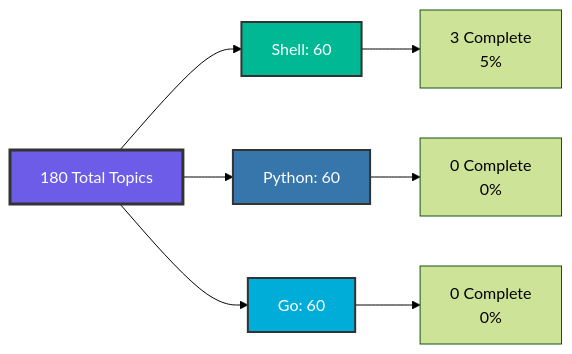
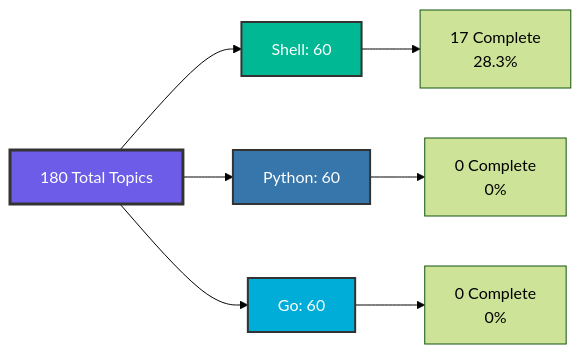
Before and after one commit to Ganil151/Devops: the first of 2 diagrams in AUTOMATION_NAVIGATION_HUB.md, drawn with Mermaid (forest theme). The commit also changed other lines of this file and 32 other files, not shown here.

````diff
--- a/AUTOMATION_NAVIGATION_HUB.md
+++ b/AUTOMATION_NAVIGATION_HUB.md
@@ -65,15 +62,15 @@
 ```mermaid
 graph LR
     A[180 Total Topics] --> B[Shell: 60]
     A --> C[Python: 60]
     A --> D[Go: 60]
     
-    B --> B1[3 Complete<br/>5%]
+    B --> B1[17 Complete<br/>28.3%]
     C --> C1[0 Complete<br/>0%]
     D --> D1[0 Complete<br/>0%]
     
     style A fill:#6c5ce7,stroke:#333,stroke-width:3px,color:#fff
     style B fill:#00b894,stroke:#333,stroke-width:2px,color:#fff
     style C fill:#3776AB,stroke:#333,stroke-width:2px,color:#fff
     style D fill:#00ADD8,stroke:#333,stroke-width:2px,color:#fff
 ```
````
